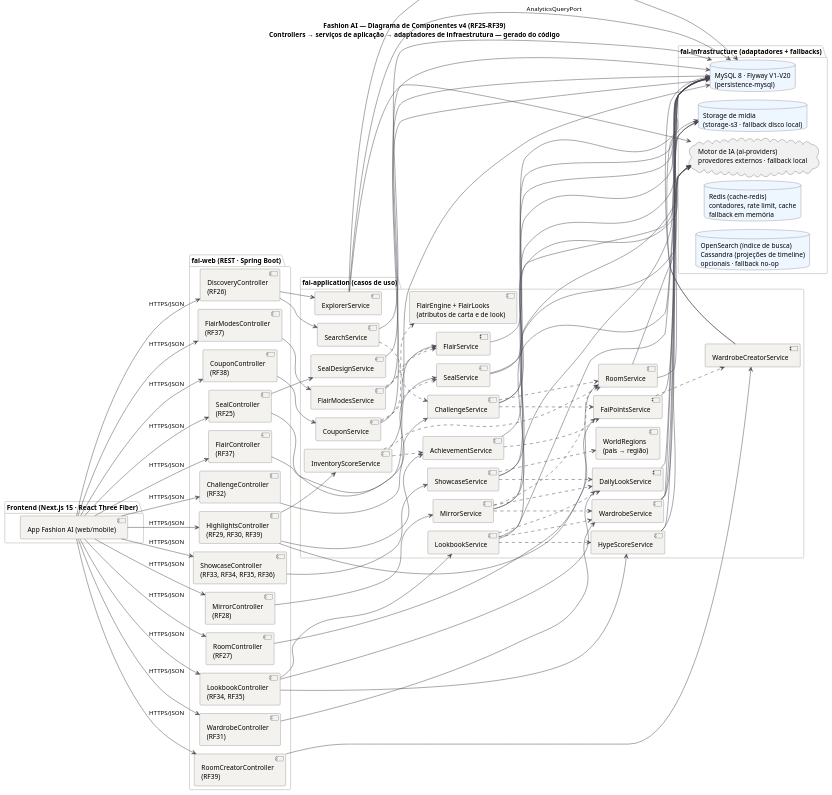
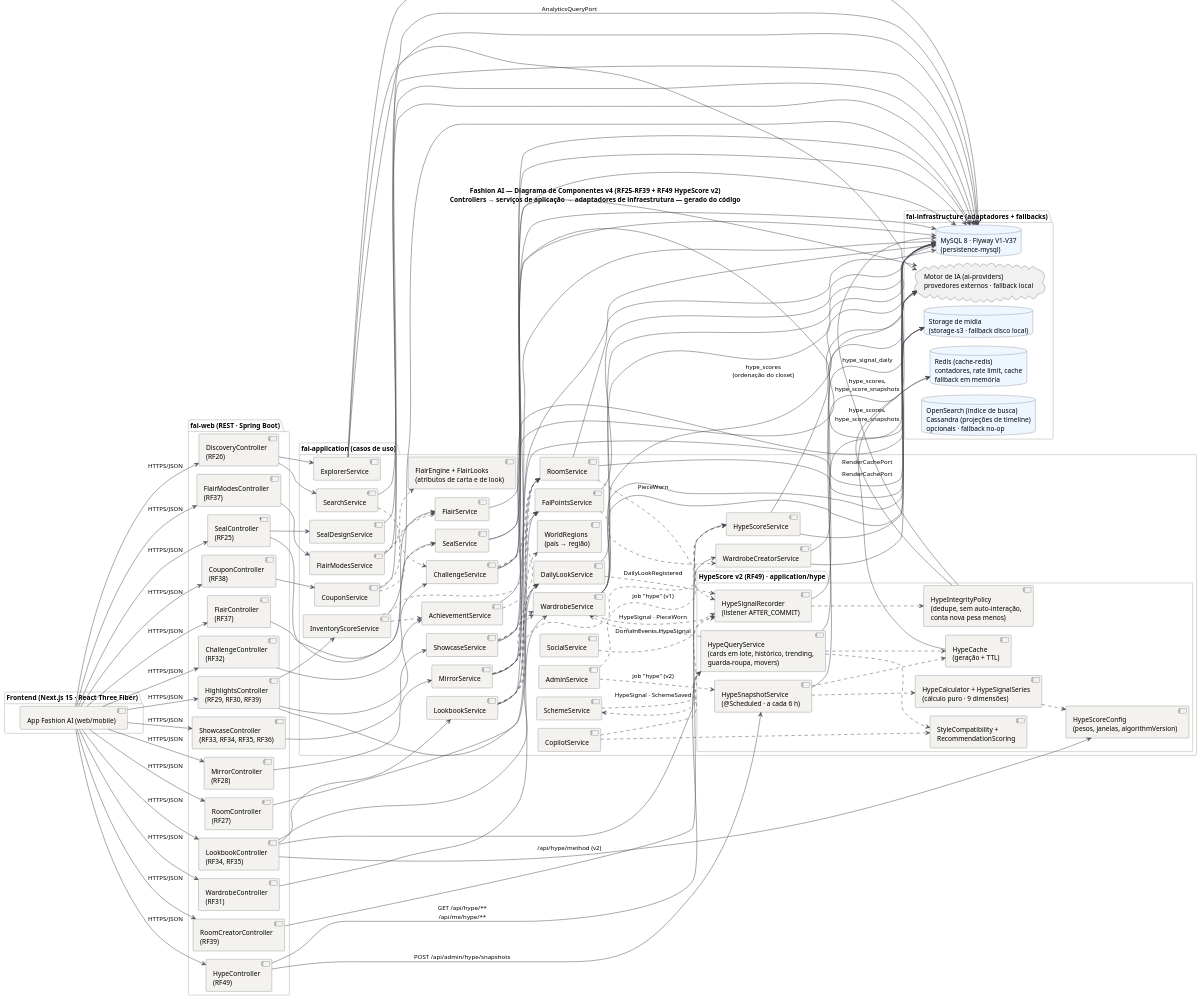
One commit to MatheusHaliski/tcc-2026-fashion-ai-backend changed the diagram in docs/diagramas/fashionai-componentes-v4.puml. Above: the diagram before and after it, drawn with PlantUML. The commit also changed 5 other files, not shown here.

First line of the commit message:
Diagramas globais v4 com o HypeScore v2 (RF49) e classes voltando a renderizar

```diff
--- a/docs/diagramas/fashionai-componentes-v4.puml
+++ b/docs/diagramas/fashionai-componentes-v4.puml
@@ -1,149 +1,193 @@
 @startuml FashionAI_Componentes_v4
-title Fashion AI — Diagrama de Componentes v4 (RF25–RF39)\nControllers → serviços de aplicação → adaptadores de infraestrutura — gerado do código
+title Fashion AI — Diagrama de Componentes v4 (RF25–RF39 + RF49 HypeScore v2)\nControllers → serviços de aplicação → adaptadores de infraestrutura — gerado do código
 !pragma layout smetana
 skinparam backgroundColor #FFFFFF
 skinparam component {
   BackgroundColor #F4F2EF
   BorderColor #4A4852
   ArrowColor #4A4852
 }
 skinparam package {
   BorderColor #CBC6BE
 }
 skinparam database {
   BackgroundColor #EEF6FF
   BorderColor #4A4852
 }
 left to right direction
 
 package "Frontend (Next.js 15 · React Three Fiber)" {
   component "App Fashion AI (web/mobile)" as FE
 }
 package "fai-web (REST · Spring Boot)" {
   component "SealController\n(RF25)" as SealController
   component "DiscoveryController\n(RF26)" as DiscoveryController
   component "RoomController\n(RF27)" as RoomController
   component "MirrorController\n(RF28)" as MirrorController
   component "HighlightsController\n(RF29, RF30, RF39)" as HighlightsController
   component "WardrobeController\n(RF31)" as WardrobeController
   component "ChallengeController\n(RF32)" as ChallengeController
   component "ShowcaseController\n(RF33, RF34, RF35, RF36)" as ShowcaseController
   component "LookbookController\n(RF34, RF35)" as LookbookController
   component "FlairController\n(RF37)" as FlairController
   component "FlairModesController\n(RF37)" as FlairModesController
   component "CouponController\n(RF38)" as CouponController
   component "RoomCreatorController\n(RF39)" as RoomCreatorController
+  component "HypeController\n(RF49)" as HypeController
 }
 package "fai-application (casos de uso)" {
   [SealService] as SealService
   [SealDesignService] as SealDesignService
   [SearchService] as SearchService
   [ExplorerService] as ExplorerService
   [RoomService] as RoomService
   [MirrorService] as MirrorService
   [InventoryScoreService] as InventoryScoreService
   [FaiPointsService] as FaiPointsService
   [AchievementService] as AchievementService
   [WardrobeService] as WardrobeService
   [ChallengeService] as ChallengeService
   [ShowcaseService] as ShowcaseService
   [LookbookService] as LookbookService
   [DailyLookService] as DailyLookService
   [HypeScoreService] as HypeScoreService
   [FlairService] as FlairService
   [FlairModesService] as FlairModesService
   [CouponService] as CouponService
   [WardrobeCreatorService] as WardrobeCreatorService
   [FlairEngine + FlairLooks\n(atributos de carta e de look)] as FlairCore
   [WorldRegions\n(país → região)] as WR
+  [SocialService] as SocialService
+  [SchemeService] as SchemeService
+  [CopilotService] as CopilotService
+  [AdminService] as AdminService
+  package "HypeScore v2 (RF49) · application/hype" {
+    [HypeQueryService\n(cards em lote, histórico, trending,\nguarda-roupa, movers)] as HypeQueryService
+    [HypeSnapshotService\n(@Scheduled · a cada 6 h)] as HypeSnapshotService
+    [HypeSignalRecorder\n(listener AFTER_COMMIT)] as HypeSignalRecorder
+    [HypeIntegrityPolicy\n(dedupe, sem auto-interação,\nconta nova pesa menos)] as HypeIntegrityPolicy
+    [HypeCalculator + HypeSignalSeries\n(cálculo puro · 9 dimensões)] as HypeCalculator
+    [HypeScoreConfig\n(pesos, janelas, algorithmVersion)] as HypeScoreConfig
+    [HypeCache\n(geração + TTL)] as HypeCache
+    [StyleCompatibility +\nRecommendationScoring] as HypeReco
+  }
 }
 package "fai-infrastructure (adaptadores + fallbacks)" {
-  database "MySQL 8 · Flyway V1–V20\n(persistence-mysql)" as DB
+  database "MySQL 8 · Flyway V1–V37\n(persistence-mysql)" as DB
   database "Storage de mídia\n(storage-s3 · fallback disco local)" as MS
   cloud "Motor de IA (ai-providers)\nprovedores externos · fallback local" as AI
   database "Redis (cache-redis)\ncontadores, rate limit, cache\nfallback em memória" as RD
   database "OpenSearch (índice de busca)\nCassandra (projeções de timeline)\nopcionais · fallback no-op" as OS
 }
 FE --> SealController : HTTPS/JSON
 SealController --> SealService
 SealController --> SealDesignService
 FE --> DiscoveryController : HTTPS/JSON
 DiscoveryController --> SearchService
 DiscoveryController --> ExplorerService
 FE --> RoomController : HTTPS/JSON
 RoomController --> RoomService
 FE --> MirrorController : HTTPS/JSON
 MirrorController --> MirrorService
 FE --> HighlightsController : HTTPS/JSON
 HighlightsController --> InventoryScoreService
 HighlightsController --> FaiPointsService
 HighlightsController --> AchievementService
 FE --> WardrobeController : HTTPS/JSON
 WardrobeController --> WardrobeService
 FE --> ChallengeController : HTTPS/JSON
 ChallengeController --> ChallengeService
 FE --> ShowcaseController : HTTPS/JSON
 ShowcaseController --> ShowcaseService
 FE --> LookbookController : HTTPS/JSON
 LookbookController --> LookbookService
 LookbookController --> DailyLookService
 LookbookController --> HypeScoreService
 FE --> FlairController : HTTPS/JSON
 FlairController --> FlairService
 FE --> FlairModesController : HTTPS/JSON
 FlairModesController --> FlairModesService
 FE --> CouponController : HTTPS/JSON
 CouponController --> CouponService
 FE --> RoomCreatorController : HTTPS/JSON
 RoomCreatorController --> WardrobeCreatorService
 SealService --> DB
 SealService --> AI
 SealDesignService --> DB
 SearchService --> DB
 SearchService ..> ChallengeService
 ExplorerService --> DB
 ExplorerService --> AI
 ExplorerService --> DB : AnalyticsQueryPort
 RoomService --> DB
 RoomService --> AI
 MirrorService --> DB
 MirrorService --> AI
 MirrorService ..> WardrobeService
 MirrorService ..> RoomService
 MirrorService ..> DailyLookService
 InventoryScoreService --> DB
 InventoryScoreService ..> RoomService
 InventoryScoreService ..> AchievementService
 FaiPointsService --> DB
 FaiPointsService ..> WardrobeCreatorService
 AchievementService --> DB
 AchievementService ..> FaiPointsService
 WardrobeService --> DB
 WardrobeService --> MS
 WardrobeService --> AI
 ChallengeService --> DB
 ChallengeService --> MS
 ChallengeService ..> RoomService
 ChallengeService ..> FaiPointsService
 ShowcaseService --> DB
 ShowcaseService --> MS
 ShowcaseService ..> DailyLookService
 LookbookService --> DB
 LookbookService --> AI
 LookbookService ..> WardrobeService
 LookbookService ..> DailyLookService
 LookbookService ..> HypeScoreService
 DailyLookService --> DB
 HypeScoreService --> DB
 HypeScoreService --> AI
 FlairService --> DB
 FlairModesService --> DB
 FlairModesService ..> FlairService
 CouponService --> DB
 CouponService ..> SealService
 CouponService ..> FlairService
 WardrobeCreatorService --> DB
 WardrobeCreatorService --> MS
 FlairModesService ..> FlairCore
 ShowcaseService ..> WR
+' --- HypeScore v2 (RF49) ---
+FE --> HypeController : HTTPS/JSON
+HypeController --> HypeQueryService : GET /api/hype/**\n/api/me/hype/**
+HypeController --> HypeSnapshotService : POST /api/admin/hype/snapshots
+LookbookController --> HypeScoreConfig : /api/hype/method (v2)
+SocialService ..> HypeSignalRecorder : DomainEvents.HypeSignal
+SchemeService ..> HypeSignalRecorder : HypeSignal · SchemeSaved
+WardrobeService ..> HypeSignalRecorder : HypeSignal · PieceWorn
+DailyLookService ..> HypeSignalRecorder : DailyLookRegistered
+RoomService ..> HypeSignalRecorder : PieceWorn
+HypeSignalRecorder ..> HypeIntegrityPolicy
+HypeSignalRecorder --> DB : hype_signal_daily
+HypeIntegrityPolicy --> DB
+HypeIntegrityPolicy --> RD : RenderCachePort
+HypeSnapshotService ..> HypeCalculator
+HypeSnapshotService ..> HypeCache
+HypeSnapshotService --> DB : hype_scores,\nhype_score_snapshots
+HypeCalculator ..> HypeScoreConfig
+HypeQueryService ..> HypeCache
+HypeQueryService ..> HypeReco
+HypeQueryService ..> WardrobeService
+HypeQueryService ..> SchemeService
+HypeQueryService --> DB : hype_scores,\nhype_score_snapshots
+HypeCache --> RD : RenderCachePort
+CopilotService ..> HypeQueryService
+CopilotService ..> HypeReco
+WardrobeService --> DB : hype_scores\n(ordenação do closet)
+AdminService ..> HypeSnapshotService : job "hype" (v2)
+AdminService ..> HypeScoreService : job "hype" (v1)
 @enduml
```
